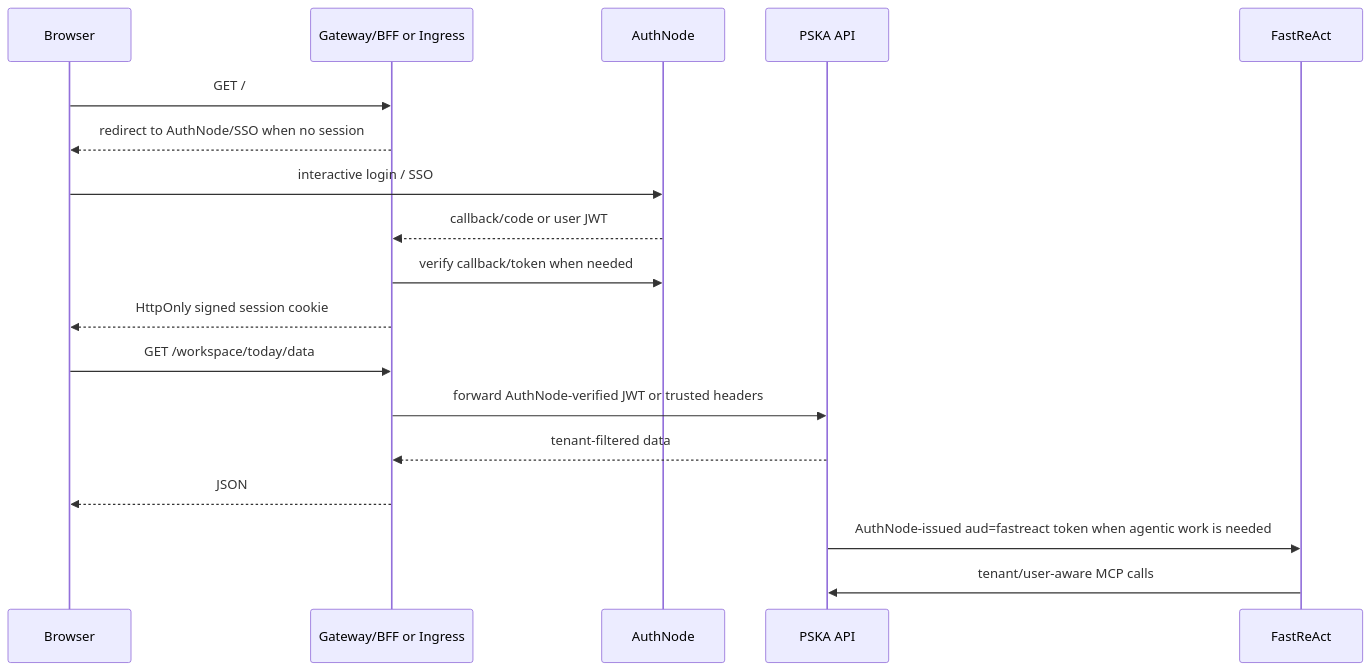
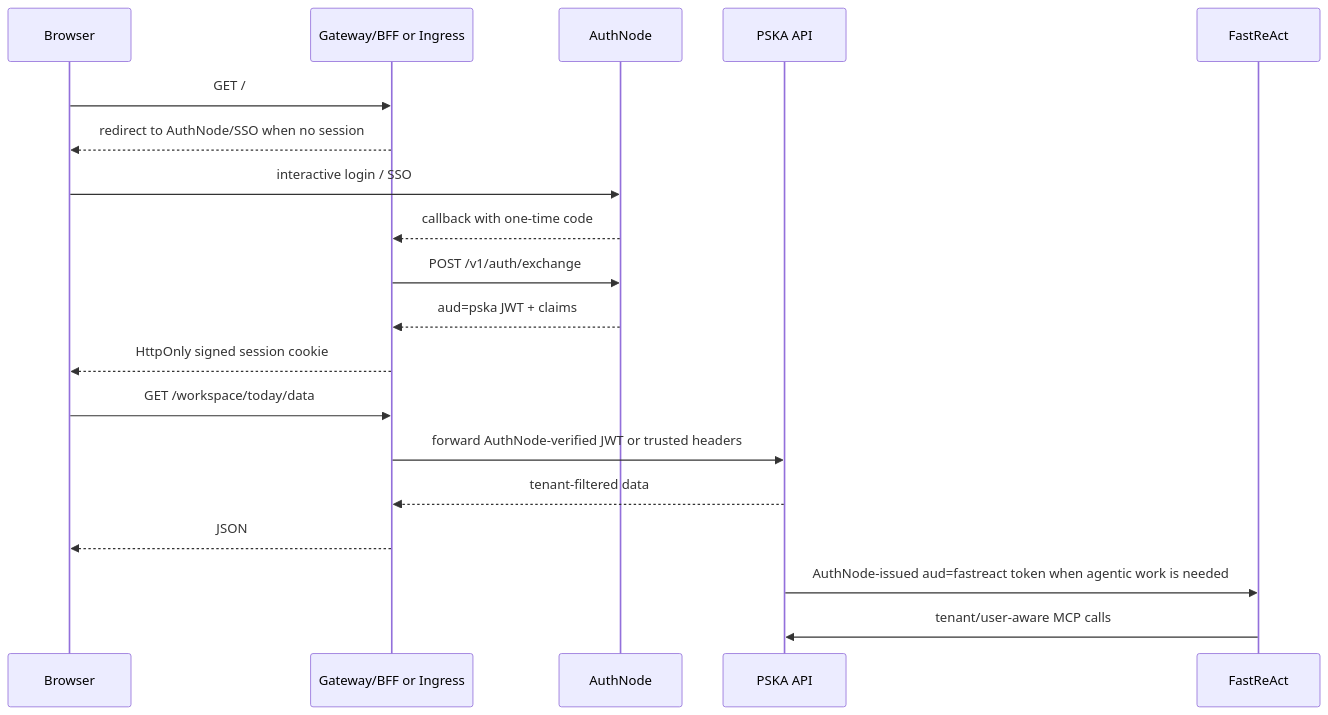
Before and after one commit to atom32/PSKA: the diagram in docs/ENTERPRISE_AUTH_GATEWAY.zh.md, drawn with Mermaid. The commit also changed other lines of this file and 6 other files, not shown here.

Commit message:
Use AuthNode browser login flow

````diff
--- a/docs/ENTERPRISE_AUTH_GATEWAY.zh.md
+++ b/docs/ENTERPRISE_AUTH_GATEWAY.zh.md
@@ -11,21 +11,22 @@
 ```mermaid
 sequenceDiagram
   participant Browser as Browser
   participant Gateway as Gateway/BFF or Ingress
   participant AuthNode as AuthNode
   participant PSKA as PSKA API
   participant FastReAct as FastReAct
 
   Browser->>Gateway: GET /
   Gateway-->>Browser: redirect to AuthNode/SSO when no session
   Browser->>AuthNode: interactive login / SSO
-  AuthNode-->>Gateway: callback/code or user JWT
-  Gateway->>AuthNode: verify callback/token when needed
+  AuthNode-->>Gateway: callback with one-time code
+  Gateway->>AuthNode: POST /v1/auth/exchange
+  AuthNode-->>Gateway: aud=pska JWT + claims
   Gateway-->>Browser: HttpOnly signed session cookie
   Browser->>Gateway: GET /workspace/today/data
   Gateway->>PSKA: forward AuthNode-verified JWT or trusted headers
   PSKA-->>Gateway: tenant-filtered data
   Gateway-->>Browser: JSON
   PSKA->>FastReAct: AuthNode-issued aud=fastreact token when agentic work is needed
   FastReAct->>PSKA: tenant/user-aware MCP calls
 ```
````
